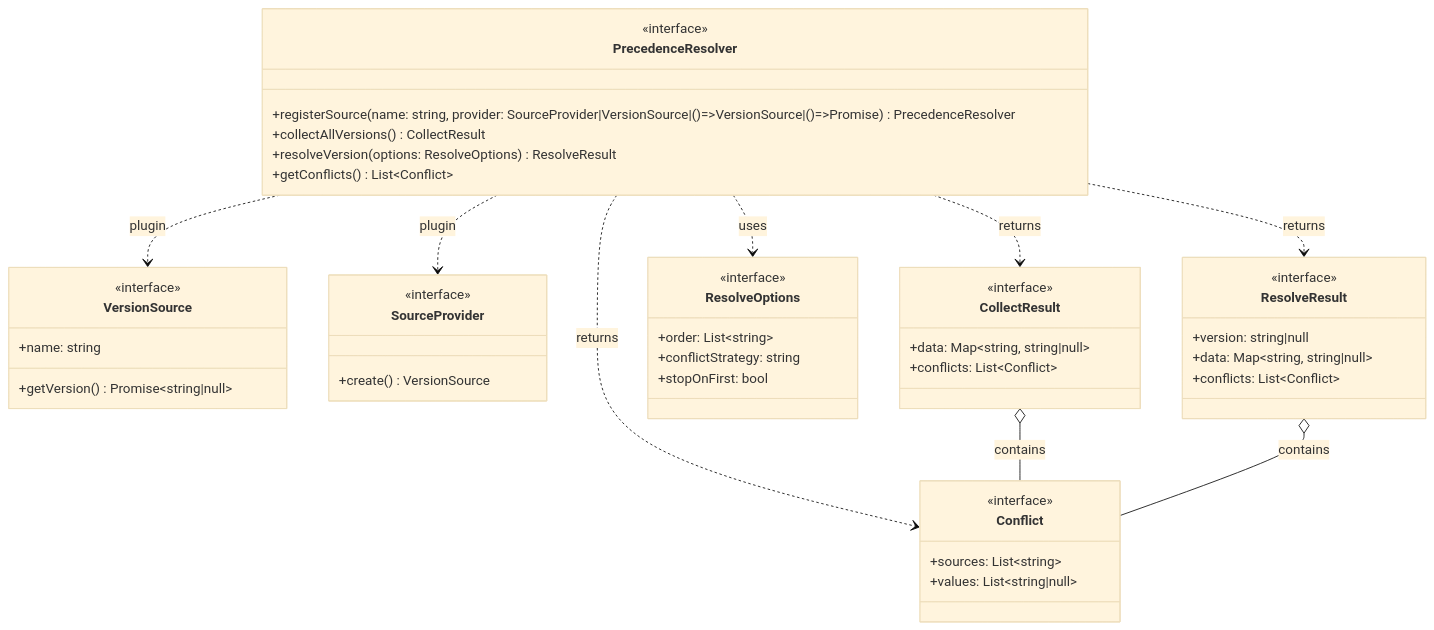
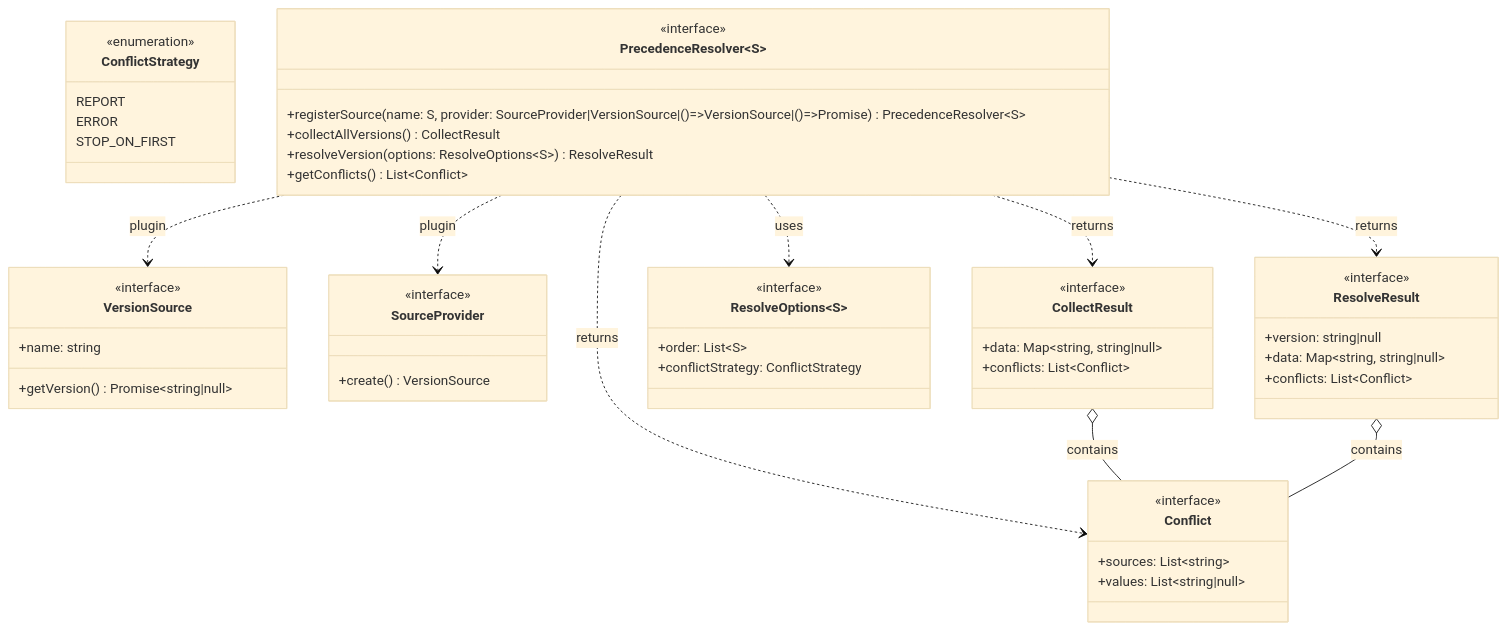
Before and after one commit to computerwwwizards/testing_utils: the diagram in packages/node-inferer/docs/precedence-resolver.md, drawn with Mermaid (base theme). The commit also changed other lines of this file, not shown here.

Commit message:
docs: generics for registarble sources

````diff
--- a/packages/node-inferer/docs/precedence-resolver.md
+++ b/packages/node-inferer/docs/precedence-resolver.md
@@ -14,49 +14,55 @@
 ```mermaid
 classDiagram
     class VersionSource {
       <<interface>>
       +name: string
       +getVersion() Promise~string|null~
     }
     class SourceProvider {
       <<interface>>
       +create() VersionSource
     }
     class Conflict {
       <<interface>>
       +sources: List~string~
       +values: List~string|null~
     }
     class CollectResult {
       <<interface>>
       +data: Map~string, string|null~
       +conflicts: List~Conflict~
     }
-    class ResolveOptions {
+    class ResolveOptions~S~ {
       <<interface>>
-      +order: List~string~
-      +conflictStrategy: string
-      +stopOnFirst: bool
+      +order: List~S~
+      +conflictStrategy: ConflictStrategy
+    }
+    class ConflictStrategy {
+      <<enumeration>>
+      REPORT
+      ERROR
+      STOP_ON_FIRST
     }
     class ResolveResult {
       <<interface>>
       +version: string|null
       +data: Map~string, string|null~
       +conflicts: List~Conflict~
     }
-    class PrecedenceResolver {
+    class PrecedenceResolver~S~ {
       <<interface>>
-      +registerSource(name: string, provider: SourceProvider|VersionSource|()=>VersionSource|()=>Promise<VersionSource>) PrecedenceResolver
+      +registerSource(name: S, provider: SourceProvider|VersionSource|()=>VersionSource|()=>Promise<VersionSource>) PrecedenceResolver~S~
       +collectAllVersions() CollectResult
-      +resolveVersion(options: ResolveOptions) ResolveResult
+      +resolveVersion(options: ResolveOptions~S~) ResolveResult
       +getConflicts() List~Conflict~
     }
-  PrecedenceResolver ..> CollectResult : returns
-  PrecedenceResolver ..> ResolveResult : returns
-  PrecedenceResolver ..> Conflict : returns
-  PrecedenceResolver ..> SourceProvider : plugin
-  PrecedenceResolver ..> VersionSource : plugin
-  PrecedenceResolver ..> ResolveOptions : uses
+  PrecedenceResolver~S~ ..> CollectResult : returns
+  PrecedenceResolver~S~ ..> ResolveResult : returns
+  PrecedenceResolver~S~ ..> Conflict : returns
+  PrecedenceResolver~S~ ..> SourceProvider : plugin
+  PrecedenceResolver~S~ ..> VersionSource : plugin
+  PrecedenceResolver~S~ ..> ResolveOptions~S~ : uses
   CollectResult o-- Conflict : contains
   ResolveResult o-- Conflict : contains
+
 ```
````
